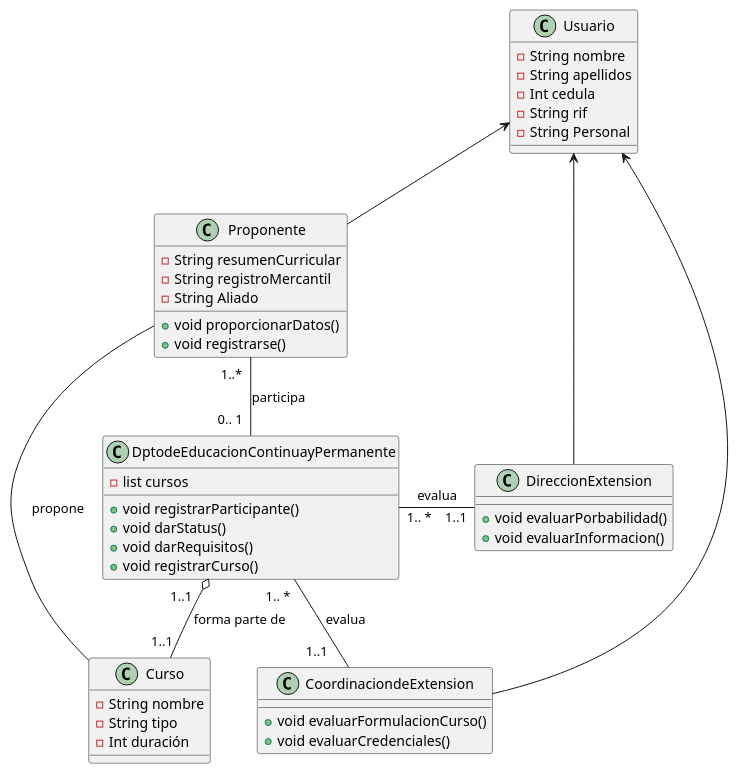
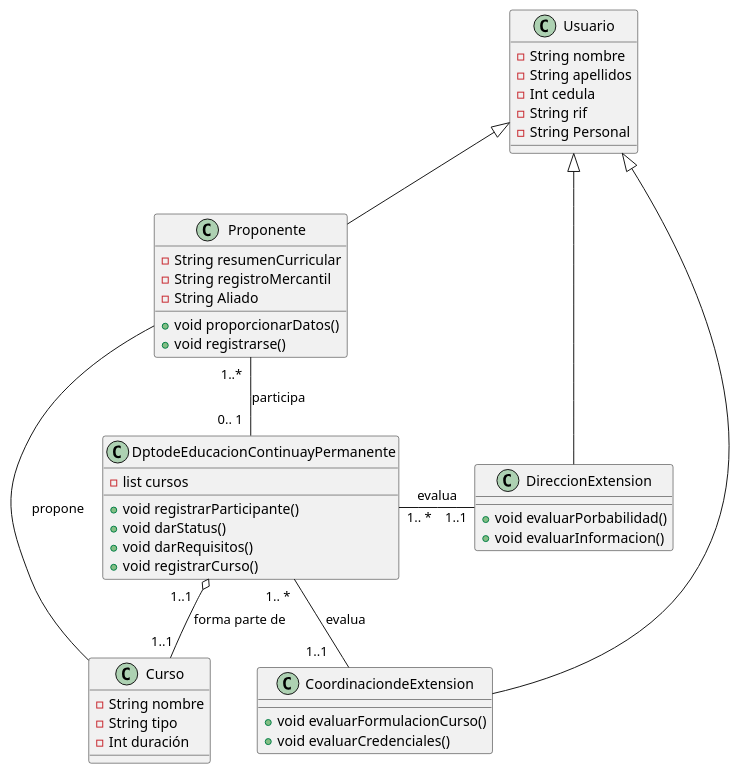
One commit to dalekprime/Ingenieria_de_Software_Equipo8 changed the diagram in docs/scenariosView/DiagramadeClasesreto7.plantuml. Above: the diagram before and after it, drawn with PlantUML.

```diff
--- a/docs/scenariosView/DiagramadeClasesreto7.plantuml
+++ b/docs/scenariosView/DiagramadeClasesreto7.plantuml
@@ -1,50 +1,50 @@
 @startuml
 Class Usuario {
 - String nombre
 - String apellidos
 - Int cedula
 - String rif
 - String Personal
 }
 
 Class Proponente {
 - String resumenCurricular
 - String registroMercantil
 - String Aliado
 + void proporcionarDatos()
 + void registrarse()
 }
 
 Class Curso{
 - String nombre
 - String tipo
 - Int duración
 }
 
 Class DptodeEducacionContinuayPermanente {
 - list cursos
 + void registrarParticipante()
 + void darStatus()
 + void darRequisitos()
 + void registrarCurso()
 }
 
 Class DireccionExtension {
 + void evaluarPorbabilidad()
 + void evaluarInformacion()
 }
 
 Class CoordinaciondeExtension {
 + void evaluarFormulacionCurso()
 + void evaluarCredenciales()
 }
 
-Usuario <-- Proponente
-Usuario <-- DireccionExtension
-Usuario <-- CoordinaciondeExtension
+Usuario <|-- Proponente
+Usuario <|-- DireccionExtension
+Usuario <|-- CoordinaciondeExtension
 Proponente -- Curso : propone
 DptodeEducacionContinuayPermanente "   1..1   "  o--  "1..1"  Curso : forma parte de 
 Proponente "  1..*  " -- "  0.. 1  " DptodeEducacionContinuayPermanente : participa
 DptodeEducacionContinuayPermanente "1.. *"  -  "1..1" DireccionExtension : evalua
 DptodeEducacionContinuayPermanente "  1.. *  "  --  "    1..1    " CoordinaciondeExtension : evalua
 @enduml
```
